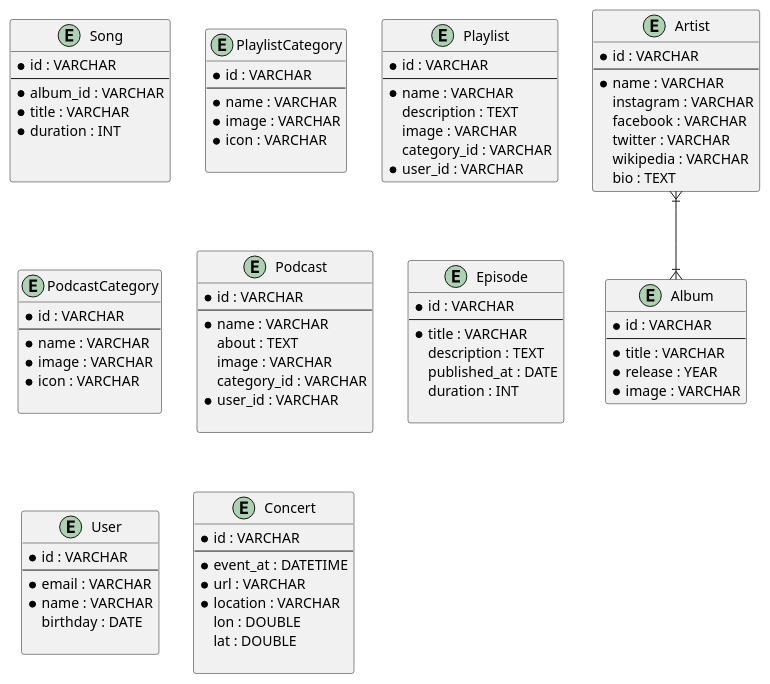
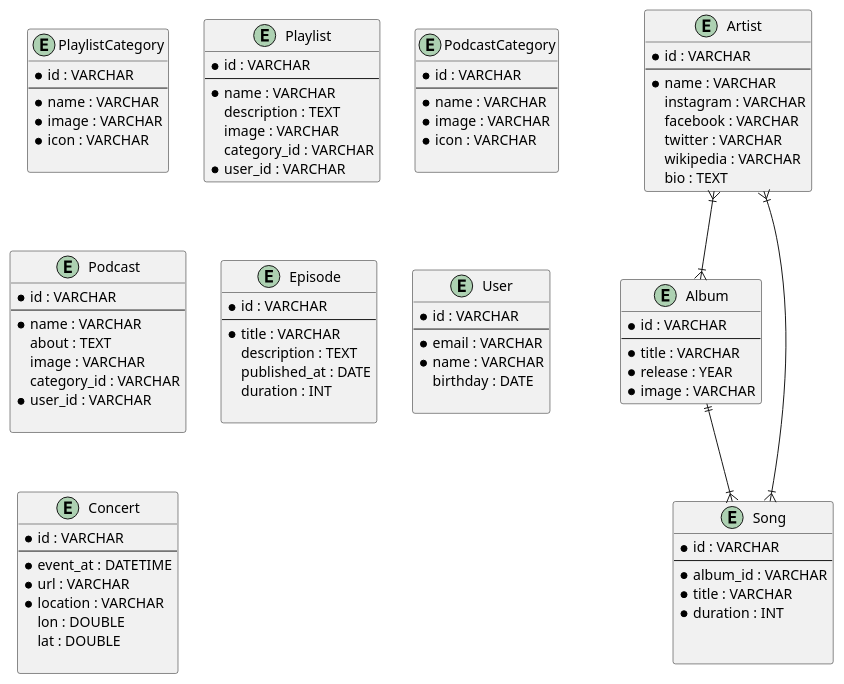
One commit to hanifiamdev/plantUML changed the diagram in spotify.puml. Above: the diagram before and after it, drawn with PlantUML.

Commit message:
Menentukan Relasi Entity Song

```diff
--- a/spotify.puml
+++ b/spotify.puml
@@ -1,101 +1,103 @@
 @startuml
 entity Artist {
     * id : VARCHAR
     --
     * name : VARCHAR
     instagram : VARCHAR
     facebook : VARCHAR
     twitter : VARCHAR
     wikipedia : VARCHAR
     bio : TEXT
 }
 
 entity Album {
     * id : VARCHAR
     --
     * title : VARCHAR
     * release : YEAR
     * image : VARCHAR
 }
 
 entity Song {
     * id : VARCHAR
     --
     * album_id : VARCHAR
     * title : VARCHAR
     * duration : INT
 
 
 }
 
 entity PlaylistCategory {
     * id : VARCHAR
     --
     * name : VARCHAR
     * image : VARCHAR
     * icon : VARCHAR
 
 }
 
 
 entity Playlist {
     * id : VARCHAR
     --
     * name : VARCHAR
     description : TEXT
     image : VARCHAR
     category_id : VARCHAR
     * user_id : VARCHAR
 }
 
 entity PodcastCategory {
     * id : VARCHAR
     --
     * name : VARCHAR
     * image : VARCHAR
     * icon : VARCHAR
 
 }
 
 entity Podcast {
     * id : VARCHAR
     --
     * name : VARCHAR
     about : TEXT
     image : VARCHAR
     category_id : VARCHAR
     * user_id : VARCHAR
 
 }
 
 entity Episode {
     * id : VARCHAR
     --
     * title : VARCHAR
     description : TEXT
     published_at : DATE
     duration : INT
 
 }
 
 entity User {
     * id : VARCHAR
     --
     * email : VARCHAR
     * name : VARCHAR
     birthday : DATE
 
 }
 
 entity Concert {
    * id : VARCHAR
    --
    * event_at : DATETIME
    * url : VARCHAR
    * location : VARCHAR
    lon : DOUBLE
    lat : DOUBLE
 
 }
 Artist }|--|{ Album
+Album ||--|{ Song
+Artist }|--|{ Song
 @enduml
```
